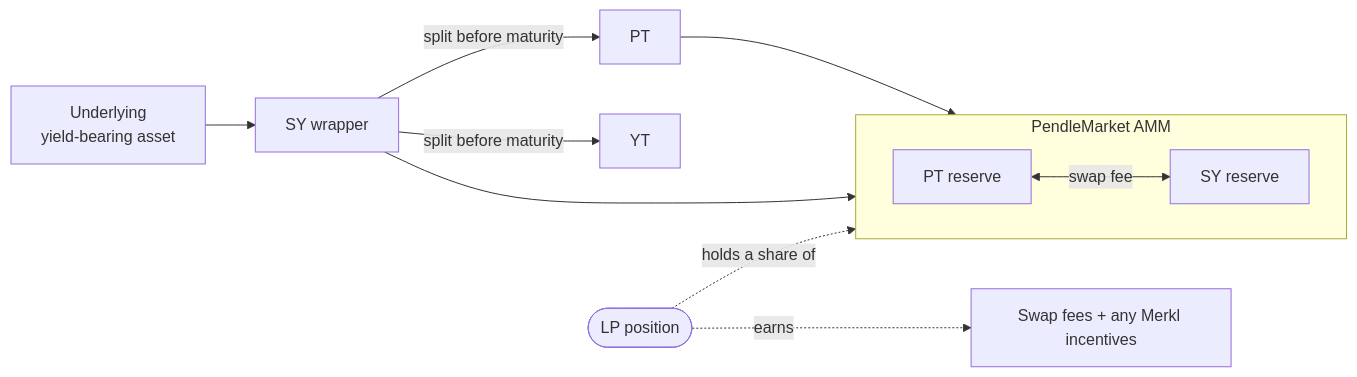
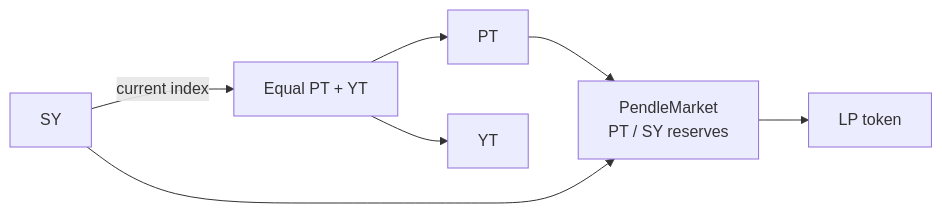
One commit to ggmatch-mod/open-pendle changed the diagram in docs-site/concepts/liquidity-and-amm.md. Above: the diagram before and after it, drawn with Mermaid. The commit also changed other lines of this file and 74 other files, not shown here.

````diff
--- a/docs-site/concepts/liquidity-and-amm.md
+++ b/docs-site/concepts/liquidity-and-amm.md
@@ -16,14 +12,9 @@
 ```mermaid
 flowchart LR
-  U[Underlying<br/>yield-bearing asset] --> SY[SY wrapper]
-  SY -->|split before maturity| PT[PT]
-  SY -->|split before maturity| YT[YT]
-  subgraph POOL[PendleMarket AMM]
-    direction LR
-    RPT[PT reserve] <-->|swap fee| RSY[SY reserve]
-  end
-  PT --> RPT
-  SY --> RSY
-  LP([LP position]) -.->|holds a share of| POOL
-  LP -.->|earns| FEES[Swap fees + any Merkl incentives]
+  SY[SY] -->|current index| PY[Equal PT + YT]
+  PY --> PT[PT]
+  PY --> YT[YT]
+  PT --> M[PendleMarket<br/>PT / SY reserves]
+  SY --> M
+  M --> LP[LP token]
 ```
````
